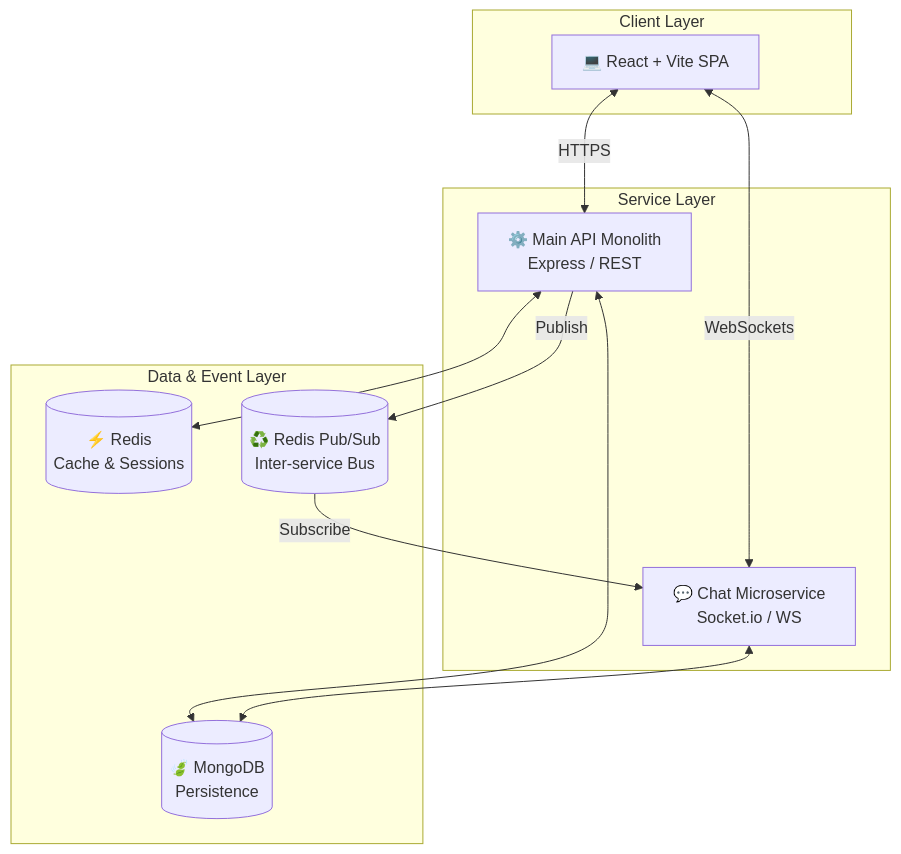
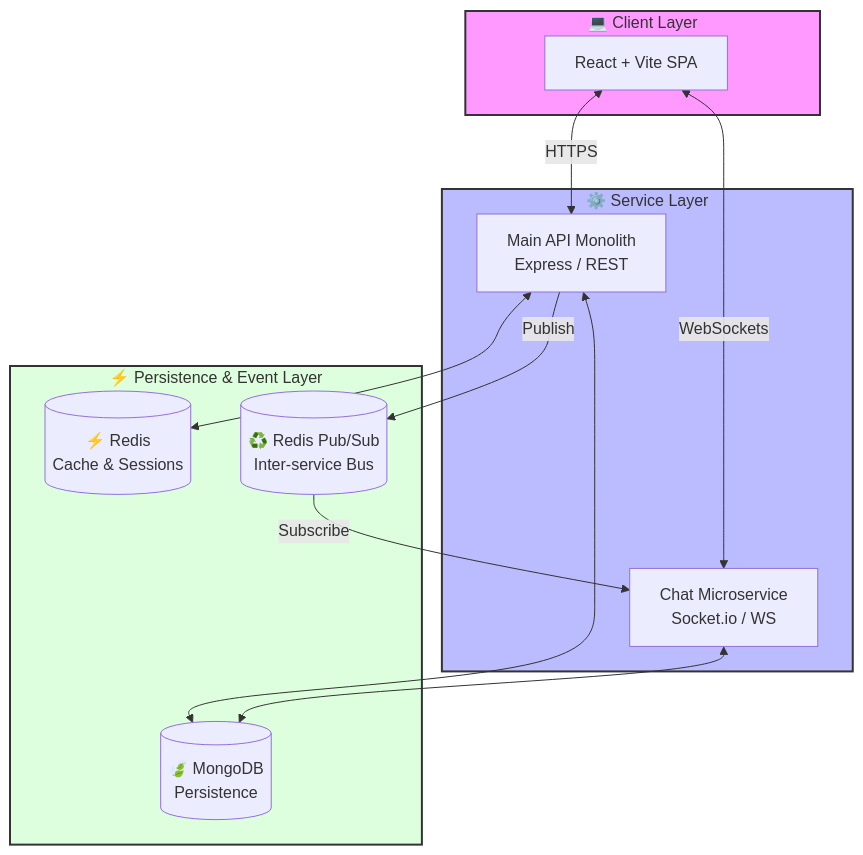
One commit to syedmukheeth/PeerNet changed the diagram in README.md. Above: the diagram before and after it, drawn with Mermaid. The commit also changed other lines of this file, not shown here.

````diff
--- a/README.md
+++ b/README.md
@@ -88,26 +99,30 @@
 ```mermaid
 graph TD
-    subgraph Client Layer
-        Web[💻 React + Vite SPA]
+    subgraph Client_Layer [💻 Client Layer]
+        Web[React + Vite SPA]
     end
 
-    subgraph Service Layer
-        API[⚙️ Main API Monolith\nExpress / REST]
-        Chat[💬 Chat Microservice\nSocket.io / WS]
+    subgraph Service_Layer [⚙️ Service Layer]
+        API[Main API Monolith<br/>Express / REST]
+        Chat[Chat Microservice<br/>Socket.io / WS]
     end
 
-    subgraph Data & Event Layer
-        DB[(🍃 MongoDB\nPersistence)]
-        Cache[(⚡ Redis\nCache & Sessions)]
-        Bus[(♻️ Redis Pub/Sub\nInter-service Bus)]
+    subgraph Data_Layer [⚡ Persistence & Event Layer]
+        DB[(🍃 MongoDB<br/>Persistence)]
+        Cache[(⚡ Redis<br/>Cache & Sessions)]
+        Bus[(♻️ Redis Pub/Sub<br/>Inter-service Bus)]
     end
 
     Web <-->|HTTPS| API
     Web <-->|WebSockets| Chat
     
     API <--> DB
     API <--> Cache
     API -->|Publish| Bus
     Bus -->|Subscribe| Chat
     Chat <--> DB
+    
+    style Client_Layer fill:#f9f,stroke:#333,stroke-width:2px
+    style Service_Layer fill:#bbf,stroke:#333,stroke-width:2px
+    style Data_Layer fill:#dfd,stroke:#333,stroke-width:2px
 ```
````
